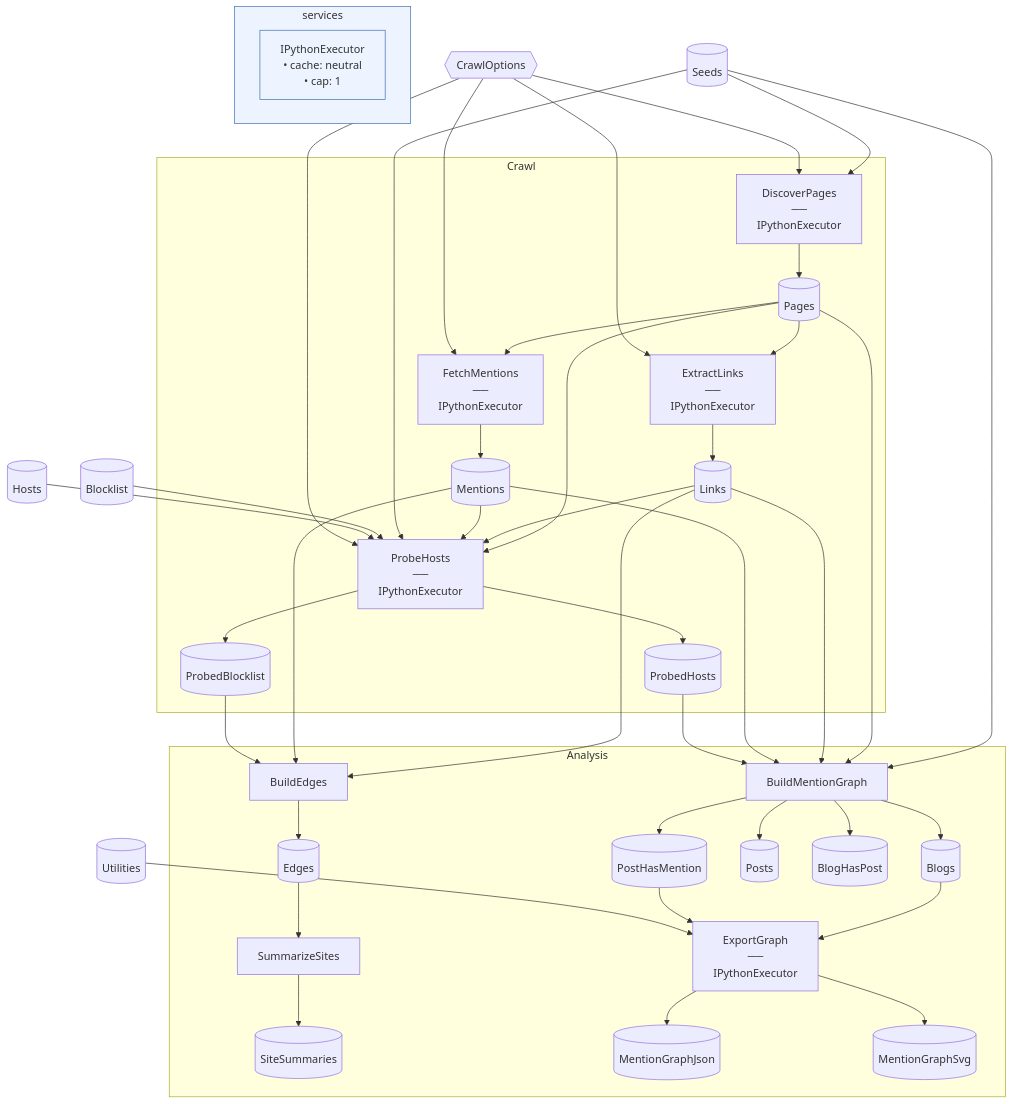
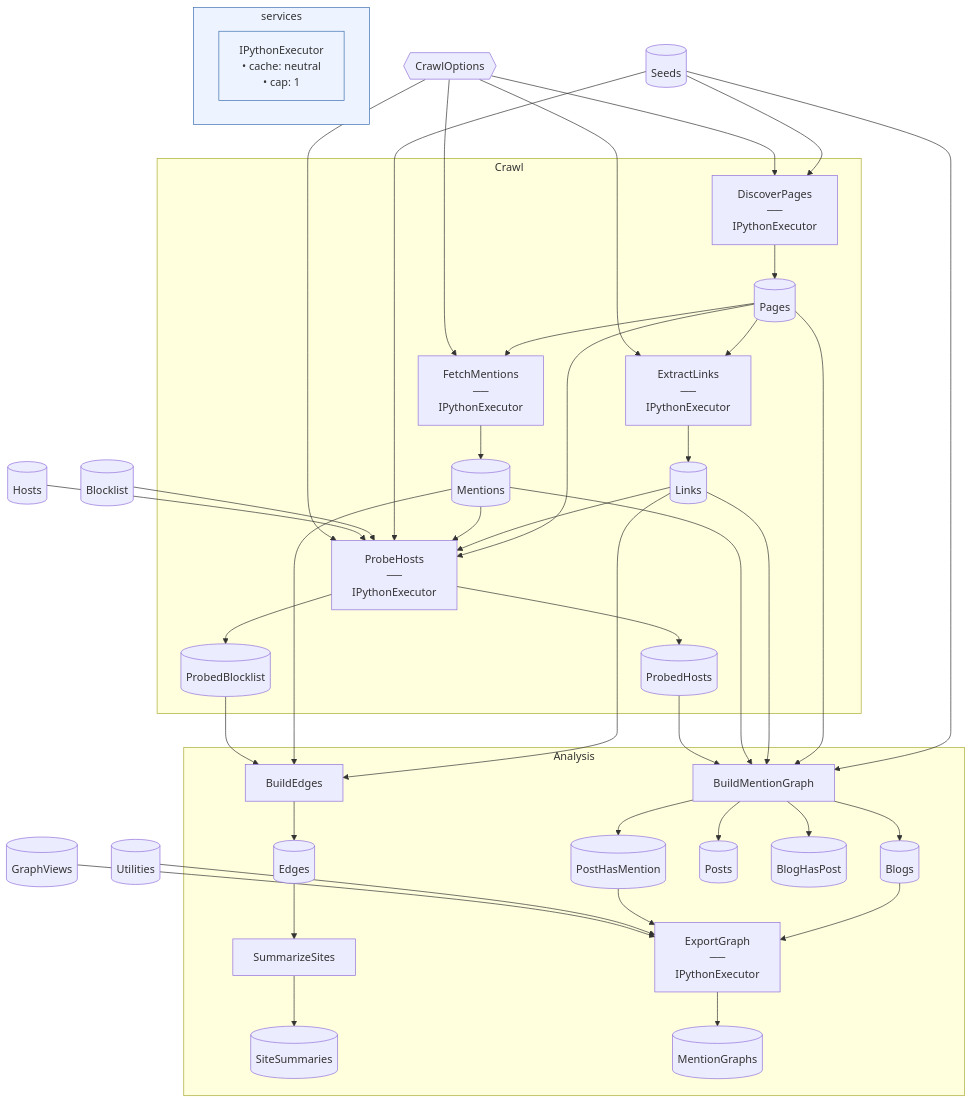
Before and after one commit to chaoticgoodcomputing/blog: the diagram in packages/indieweb-graph/README.md, drawn with Mermaid. The commit also changed other lines of this file and 49 other files, not shown here.

````diff
--- a/packages/indieweb-graph/README.md
+++ b/packages/indieweb-graph/README.md
@@ -82,6 +84,7 @@
     %% External Data Inputs
     Blocklist[("Blocklist")]
     CrawlOptions{{"CrawlOptions"}}
+    GraphViews[("GraphViews")]
     Hosts[("Hosts")]
     Seeds[("Seeds")]
     Utilities[("Utilities")]
@@ -97,8 +100,7 @@
         SummarizeSites["SummarizeSites"]
         SiteSummaries[("SiteSummaries")]
         ExportGraph["ExportGraph<br>──<br>IPythonExecutor"]
-        MentionGraphJson[("MentionGraphJson")]
-        MentionGraphSvg[("MentionGraphSvg")]
+        MentionGraphs[("MentionGraphs")]
     end
 
     subgraph Crawl["Crawl"]
@@ -158,7 +160,7 @@
     Blogs --> ExportGraph
     PostHasMention --> ExportGraph
     Utilities --> ExportGraph
-    ExportGraph --> MentionGraphJson
-    ExportGraph --> MentionGraphSvg
+    GraphViews --> ExportGraph
+    ExportGraph --> MentionGraphs
 
 ```
````
